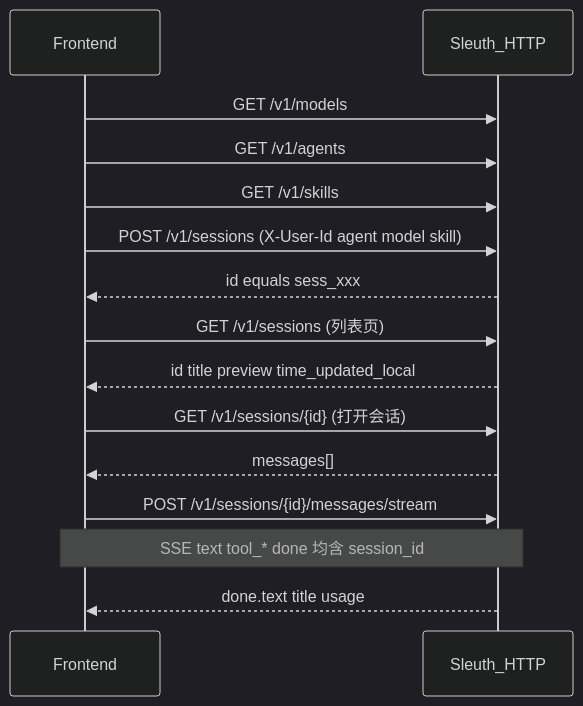
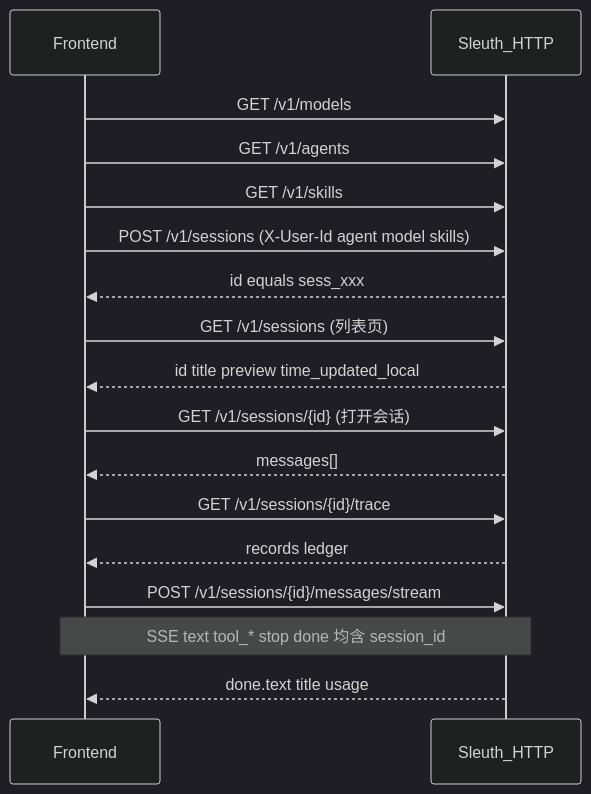
The diagram in docs/API.md (ldystudy0913-jpg/sleuth), drawn with Mermaid (dark theme) before and after one commit. The commit also changed other lines of this file and 31 other files, not shown here.

First line of the commit message:
Add session execution traces, multi-skill pins, and remote-only dd_reply KB.

````diff
--- a/docs/API.md
+++ b/docs/API.md
@@ -748,17 +849,19 @@
 ```mermaid
 sequenceDiagram
   participant FE as Frontend
   participant API as Sleuth_HTTP
   FE->>API: GET /v1/models
   FE->>API: GET /v1/agents
   FE->>API: GET /v1/skills
-  FE->>API: POST /v1/sessions (X-User-Id agent model skill)
+  FE->>API: POST /v1/sessions (X-User-Id agent model skills)
   API-->>FE: id equals sess_xxx
   FE->>API: GET /v1/sessions (列表页)
   API-->>FE: id title preview time_updated_local
   FE->>API: GET /v1/sessions/{id} (打开会话)
   API-->>FE: messages[]
+  FE->>API: GET /v1/sessions/{id}/trace
+  API-->>FE: records ledger
   FE->>API: POST /v1/sessions/{id}/messages/stream
-  Note over FE,API: SSE text tool_* done 均含 session_id
+  Note over FE,API: SSE text tool_* stop done 均含 session_id
   API-->>FE: done.text title usage
 ```
````
